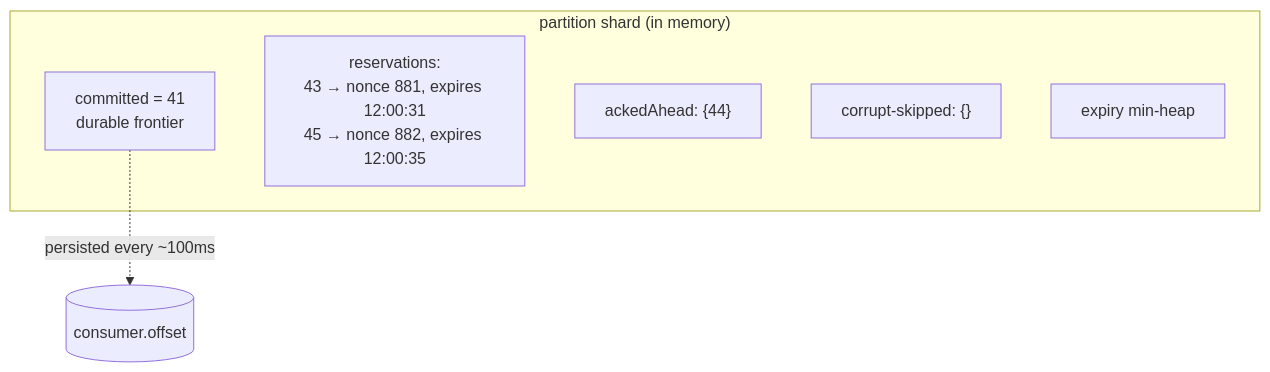
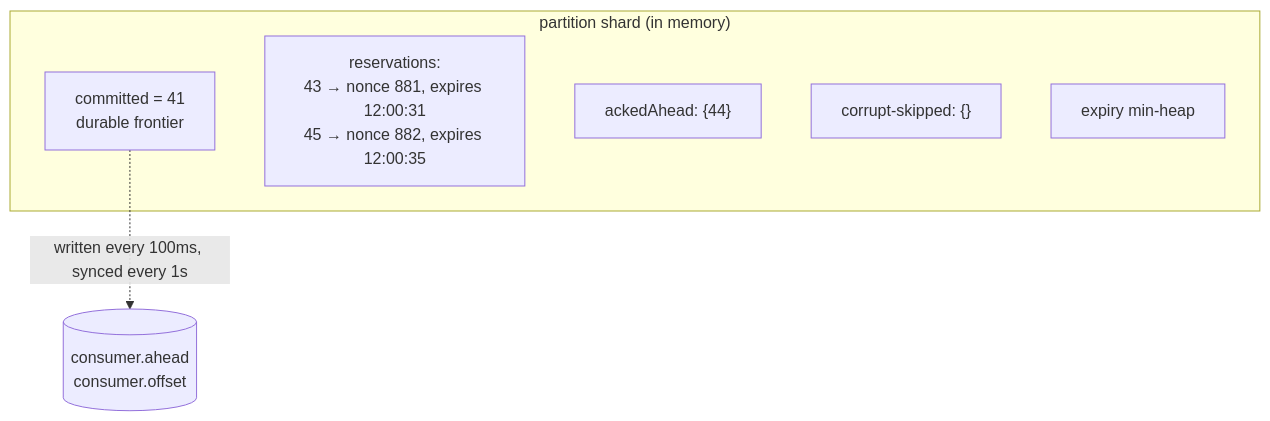
One commit to DebanganThakuria/narad changed the first of 4 diagrams in docs/internals/consume-path.md. Above: the diagram before and after it, drawn with Mermaid. The commit also changed other lines of this file and 493 other files, not shown here.

````diff
--- a/docs/internals/consume-path.md
+++ b/docs/internals/consume-path.md
@@ -9,11 +9,11 @@
 ```mermaid
 flowchart TB
     subgraph shard["partition shard (in memory)"]
         committed["committed = 41<br/>durable frontier"]
         entries["reservations:<br/>43 → nonce 881, expires 12:00:31<br/>45 → nonce 882, expires 12:00:35"]
         ahead["ackedAhead: {44}"]
         corrupt["corrupt-skipped: {}"]
         heap["expiry min-heap"]
     end
-    committed -.->|"persisted every ~100ms"| file[("consumer.offset")]
+    committed -.->|"written every 100ms, synced every 1s"| file[("consumer.ahead<br/>consumer.offset")]
 ```
````
